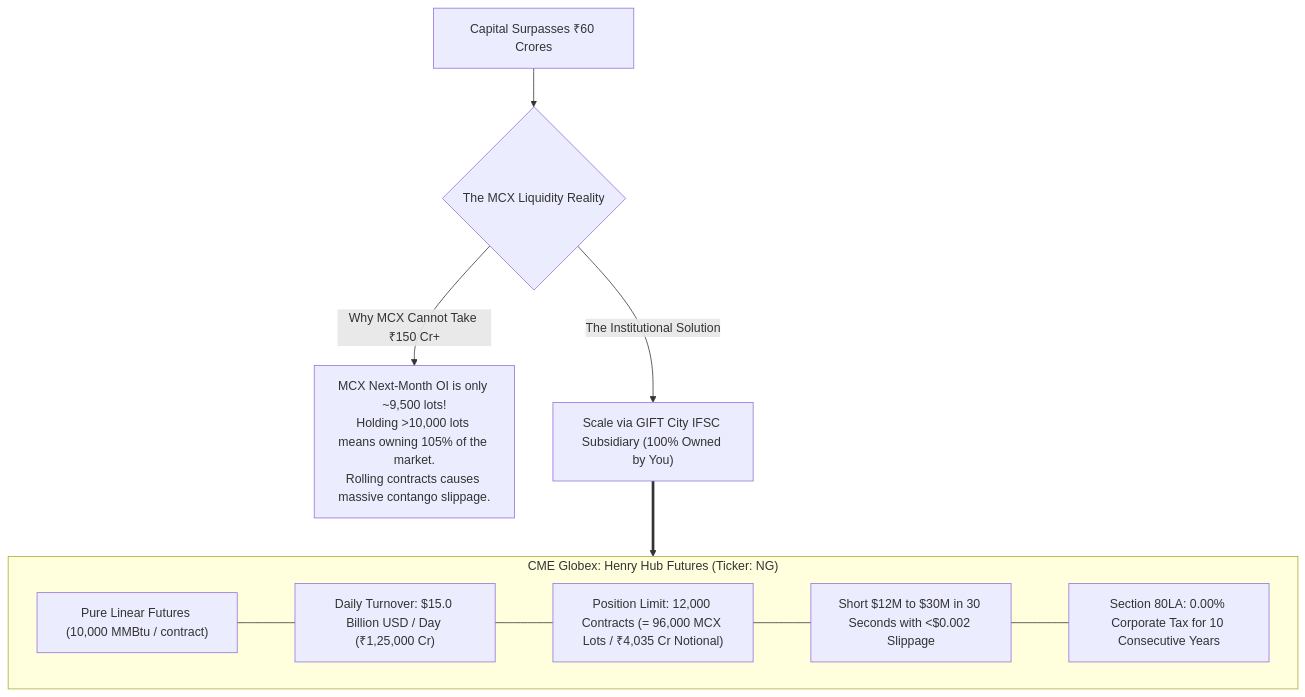
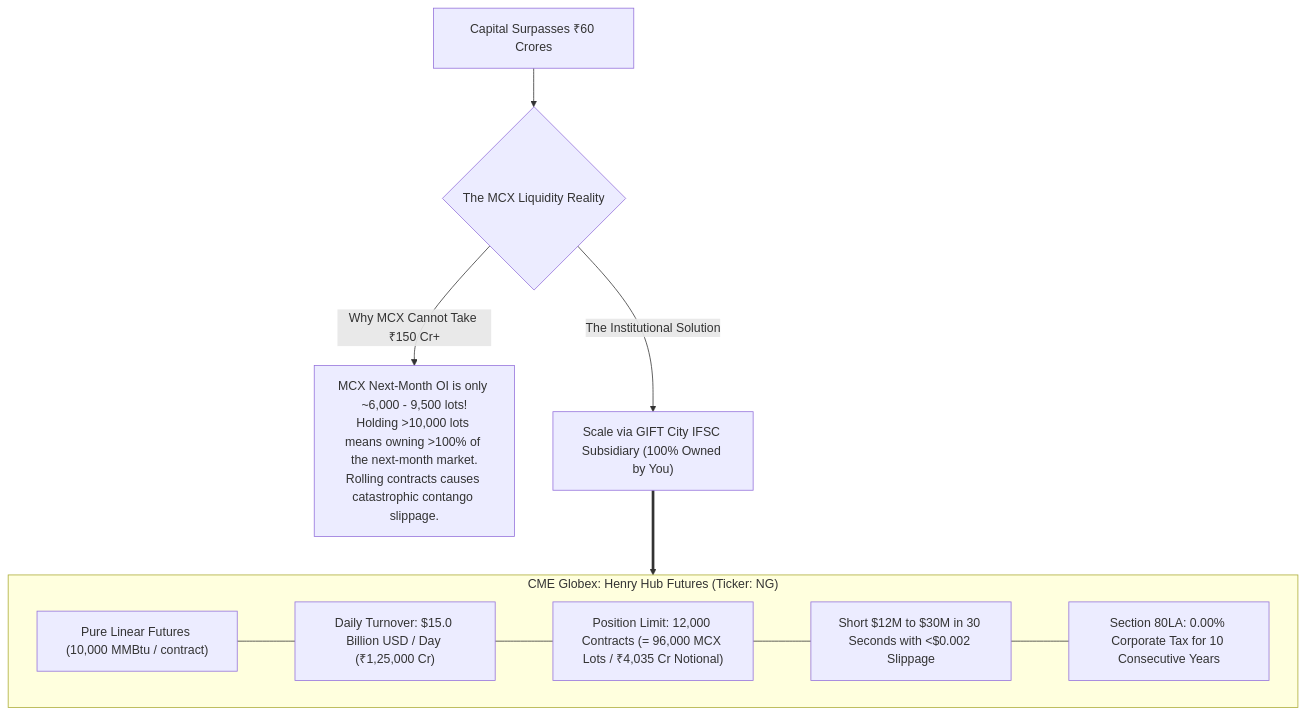
One commit to yieldchaser/mcx-margins changed the sixth of 11 diagrams in models/execution_and_tax_validation_plan.md. Above: the diagram before and after it, drawn with Mermaid. The commit also changed other lines of this file and 1 other file, not shown here.

Commit message:
docs: finalize end-to-end Master Institutional Blueprint with complete tax, MCX capacity, and GIFT City analytics

````diff
--- a/models/execution_and_tax_validation_plan.md
+++ b/models/execution_and_tax_validation_plan.md
@@ -163,19 +223,21 @@
 ```mermaid
 flowchart TD
     Cap["Capital Surpasses ₹60 Crores"] --> Dilemma{"The MCX Liquidity Reality"}
     
-    Dilemma -->|"Why MCX Cannot Take ₹150 Cr+" | Friction["MCX Next-Month OI is only ~9,500 lots!\nHolding >10,000 lots means owning 105% of the market.\nRolling contracts causes massive contango slippage."]
+    Dilemma -->|"Why MCX Cannot Take ₹150 Cr+" | Friction["MCX Next-Month OI is only ~6,000 - 9,500 lots!
+Holding >10,000 lots means owning >100% of the next-month market.
+Rolling contracts causes catastrophic contango slippage."]
     
     Dilemma -->|"The Institutional Solution"| Global["Scale via GIFT City IFSC Subsidiary (100% Owned by You)"]
     
     subgraph CME["CME Globex: Henry Hub Futures (Ticker: NG)"]
         C1["Pure Linear Futures (10,000 MMBtu / contract)"]
         C2["Daily Turnover: $15.0 Billion USD / Day (₹1,25,000 Cr)"]
         C3["Position Limit: 12,000 Contracts (= 96,000 MCX Lots / ₹4,035 Cr Notional)"]
         C4["Short $12M to $30M in 30 Seconds with <$0.002 Slippage"]
         C5["Section 80LA: 0.00% Corporate Tax for 10 Consecutive Years"]
         C1 --- C2 --- C3 --- C4 --- C5
     end
     
     Global ==> CME
 ```
````
